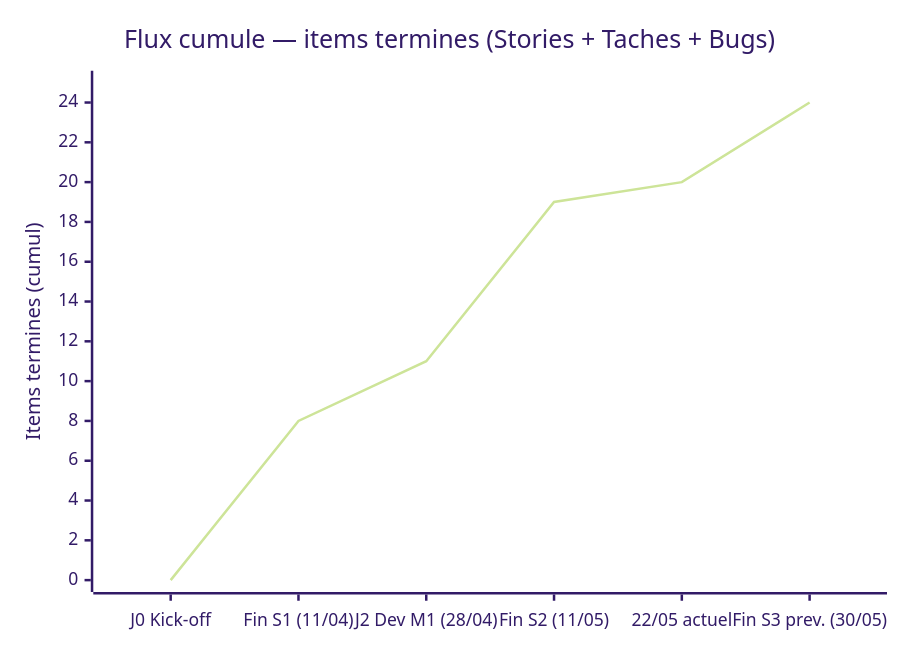
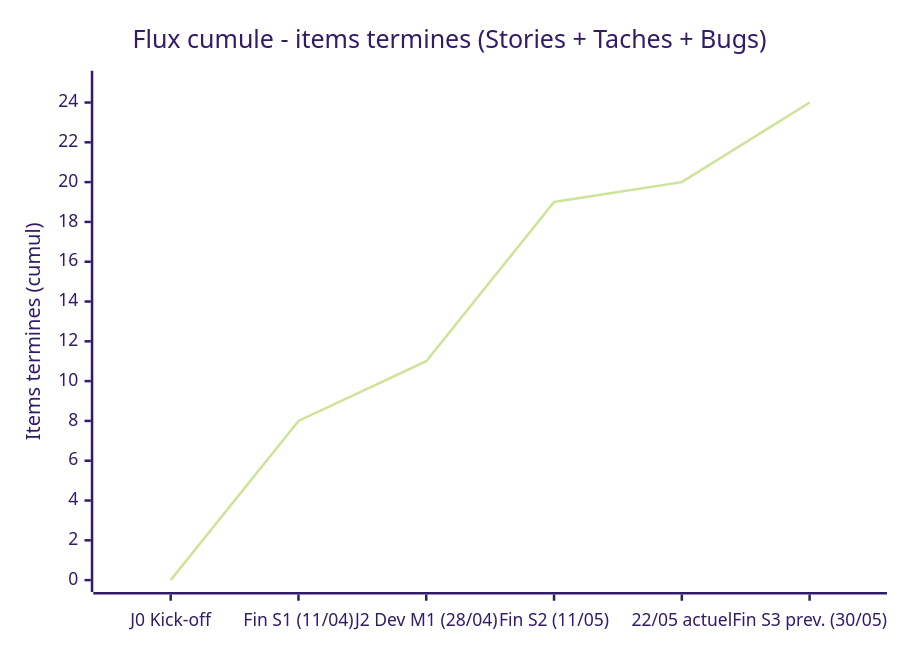
Before and after one commit to POWLAIR/management-projet-numerique: the tenth of 12 diagrams in docs md/Dossier_Projet_B2B_FINAL.md, drawn with Mermaid (forest theme). The commit also changed other lines of this file, not shown here.

````diff
--- a/docs md/Dossier_Projet_B2B_FINAL.md
+++ b/docs md/Dossier_Projet_B2B_FINAL.md
@@ -794,7 +794,7 @@
 ```mermaid
 xychart-beta
-    title "Flux cumule — items termines (Stories + Taches + Bugs)"
+    title "Flux cumule - items termines (Stories + Taches + Bugs)"
     x-axis ["J0 Kick-off", "Fin S1 (11/04)", "J2 Dev M1 (28/04)", "Fin S2 (11/05)", "22/05 actuel", "Fin S3 prev. (30/05)"]
     y-axis "Items termines (cumul)" 0 --> 25
     line [0, 8, 11, 19, 20, 24]
 ```
````
